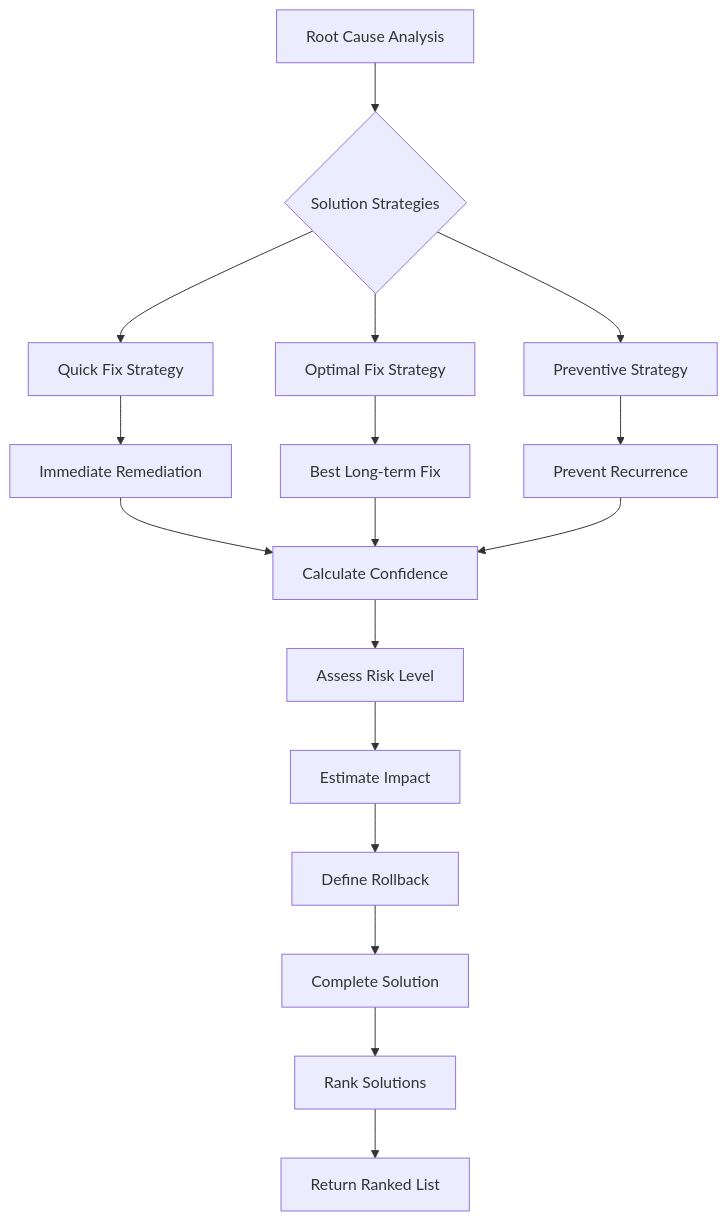
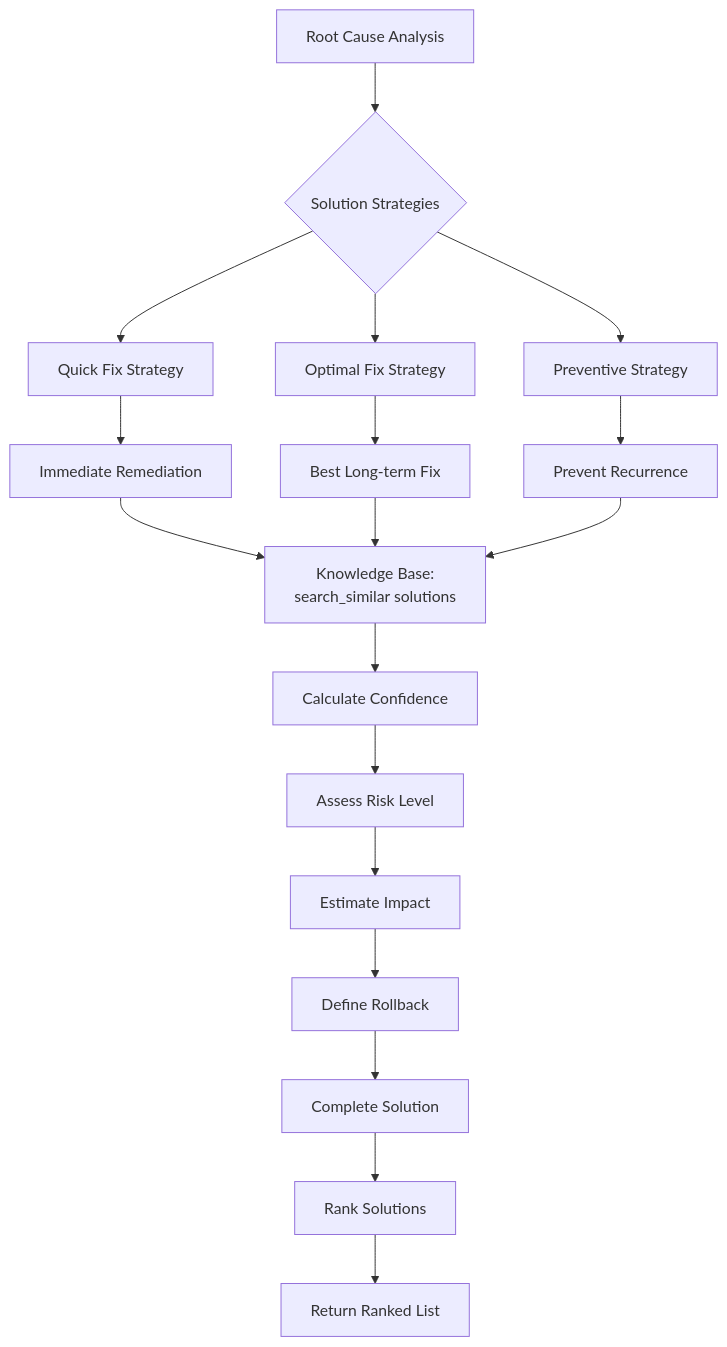
One commit to ravindra-lakal/KubeSage changed diagram 13 of 24 in WORKFLOW.md. Above: the diagram before and after it, drawn with Mermaid. The commit also changed other lines of this file and 7 other files, not shown here.

````diff
--- a/WORKFLOW.md
+++ b/WORKFLOW.md
@@ -367,24 +500,25 @@
 ```mermaid
 graph TD
     Analysis[Root Cause Analysis] --> Strategies{Solution Strategies}
     
     Strategies --> Quick[Quick Fix Strategy]
     Strategies --> Optimal[Optimal Fix Strategy]
     Strategies --> Preventive[Preventive Strategy]
     
     Quick --> QuickSolution[Immediate Remediation]
     Optimal --> OptimalSolution[Best Long-term Fix]
     Preventive --> PreventiveSolution[Prevent Recurrence]
     
-    QuickSolution --> Score[Calculate Confidence]
-    OptimalSolution --> Score
-    PreventiveSolution --> Score
+    QuickSolution --> CheckKB[Knowledge Base:<br/>search_similar solutions]
+    OptimalSolution --> CheckKB
+    PreventiveSolution --> CheckKB
     
+    CheckKB --> Score[Calculate Confidence]
     Score --> Risk[Assess Risk Level]
     Risk --> Impact[Estimate Impact]
     Impact --> Rollback[Define Rollback]
     
     Rollback --> Solution[Complete Solution]
     Solution --> Rank[Rank Solutions]
     Rank --> Return[Return Ranked List]
 ```
````
